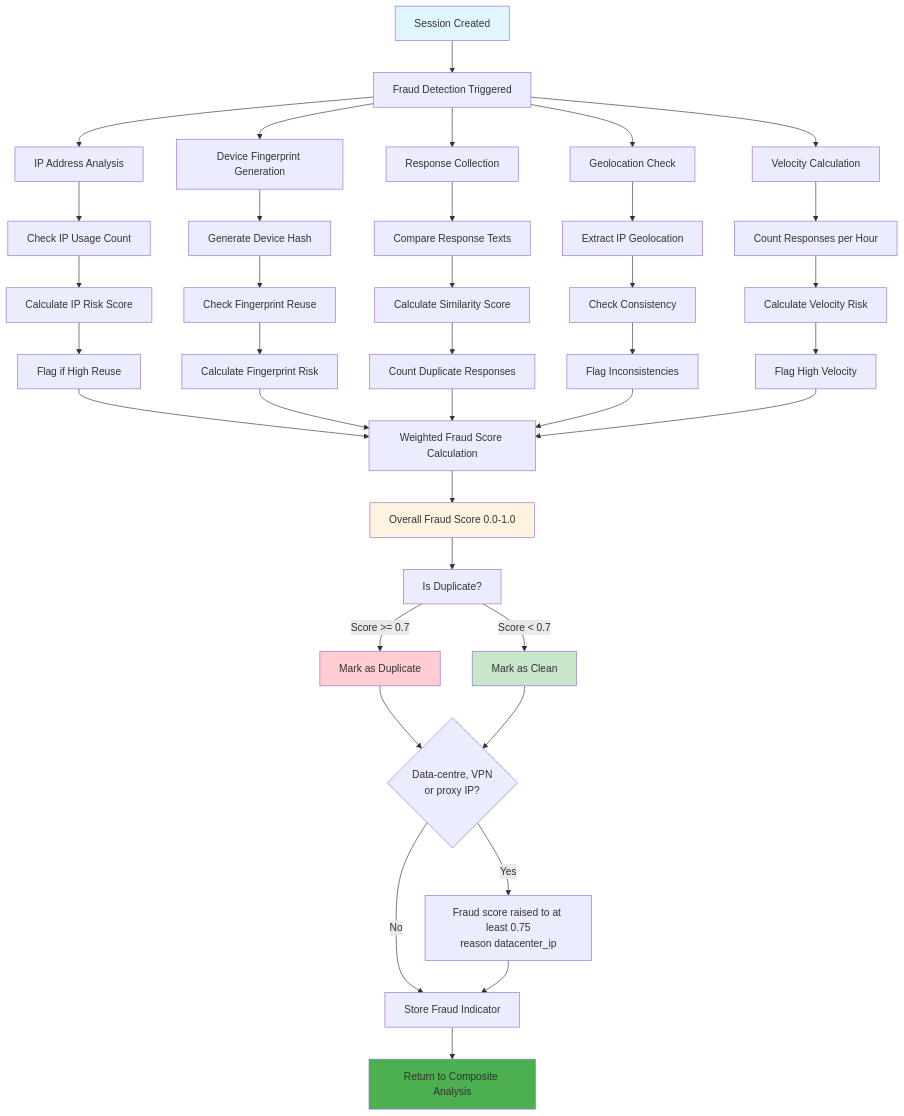
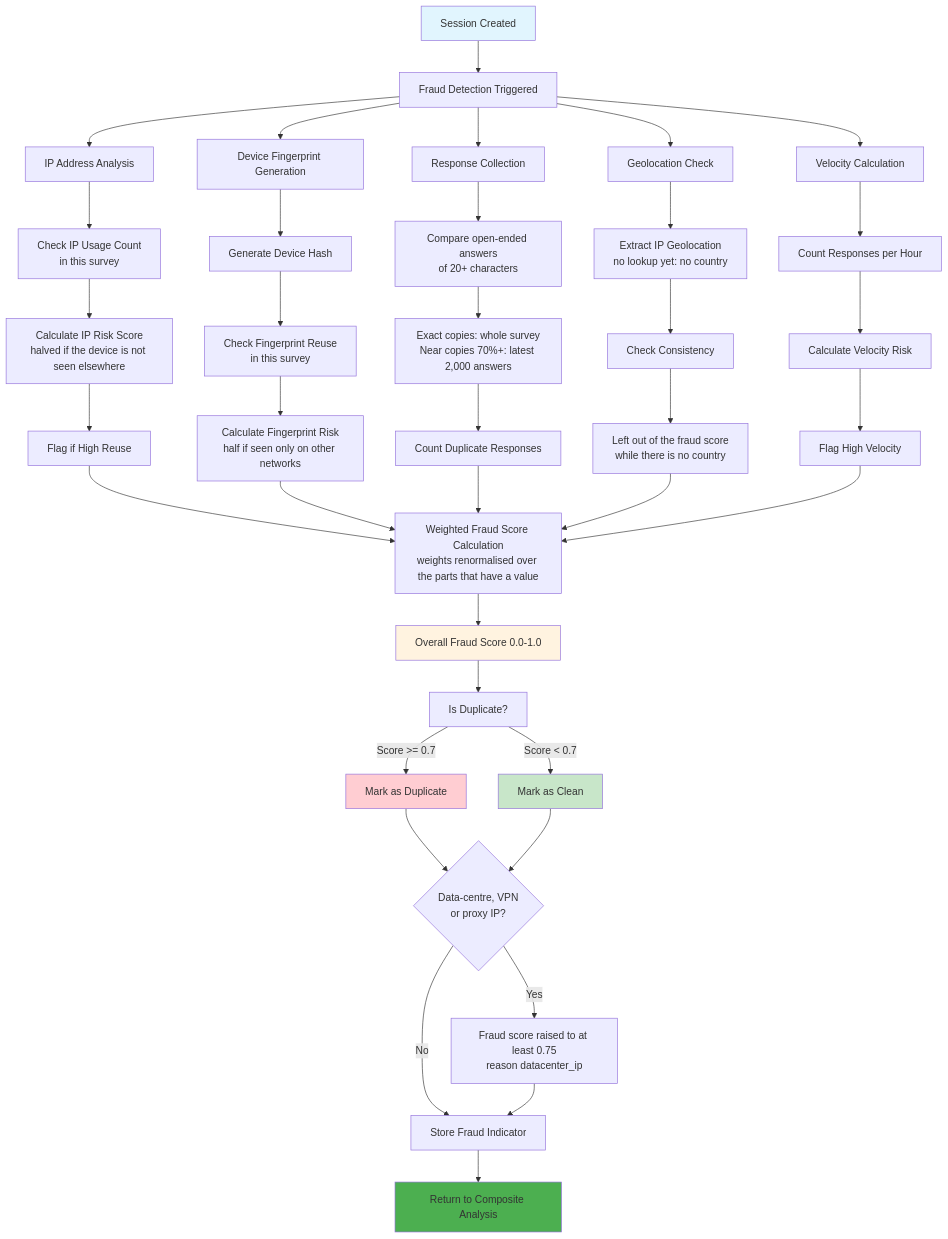
One commit to halderavik/bot_detection_live changed the fourth of 15 diagrams in bot_detection_flow.md. Above: the diagram before and after it, drawn with Mermaid. The commit also changed other lines of this file and 34 other files, not shown here.

````diff
--- a/bot_detection_flow.md
+++ b/bot_detection_flow.md
@@ -458,53 +470,53 @@
 ```mermaid
 graph TD
     A[Session Created] --> B[Fraud Detection Triggered]
     B --> C[IP Address Analysis]
     B --> D[Device Fingerprint Generation]
     B --> E[Response Collection]
     B --> F[Geolocation Check]
     B --> G[Velocity Calculation]
     
-    C --> C1[Check IP Usage Count]
-    C1 --> C2[Calculate IP Risk Score]
+    C --> C1[Check IP Usage Count<br/>in this survey]
+    C1 --> C2[Calculate IP Risk Score<br/>halved if the device is not seen elsewhere]
     C2 --> C3[Flag if High Reuse]
     
     D --> D1[Generate Device Hash]
-    D1 --> D2[Check Fingerprint Reuse]
-    D2 --> D3[Calculate Fingerprint Risk]
+    D1 --> D2[Check Fingerprint Reuse<br/>in this survey]
+    D2 --> D3[Calculate Fingerprint Risk<br/>half if seen only on other networks]
     
-    E --> E1[Compare Response Texts]
-    E1 --> E2[Calculate Similarity Score]
+    E --> E1[Compare open-ended answers<br/>of 20+ characters]
+    E1 --> E2[Exact copies: whole survey<br/>Near copies 70%+: latest 2,000 answers]
     E2 --> E3[Count Duplicate Responses]
     
-    F --> F1[Extract IP Geolocation]
+    F --> F1[Extract IP Geolocation<br/>no lookup yet: no country]
     F1 --> F2[Check Consistency]
-    F2 --> F3[Flag Inconsistencies]
+    F2 --> F3[Left out of the fraud score<br/>while there is no country]
     
     G --> G1[Count Responses per Hour]
     G1 --> G2[Calculate Velocity Risk]
     G2 --> G3[Flag High Velocity]
     
-    C3 --> H[Weighted Fraud Score Calculation]
+    C3 --> H[Weighted Fraud Score Calculation<br/>weights renormalised over the parts that have a value]
     D3 --> H
     E3 --> H
     F3 --> H
     G3 --> H
     
     H --> I[Overall Fraud Score 0.0-1.0]
     I --> J[Is Duplicate?]
     J -->|Score >= 0.7| K[Mark as Duplicate]
     J -->|Score < 0.7| L[Mark as Clean]
     
     K --> DC{Data-centre, VPN<br/>or proxy IP?}
     L --> DC
     DC -->|Yes| DC1[Fraud score raised to at least 0.75<br/>reason datacenter_ip]
     DC -->|No| M[Store Fraud Indicator]
     DC1 --> M
     M --> N[Return to Composite Analysis]
     
     style A fill:#e1f5fe
     style I fill:#fff3e0
     style K fill:#ffcdd2
     style L fill:#c8e6c9
     style N fill:#4caf50
 ```
````
